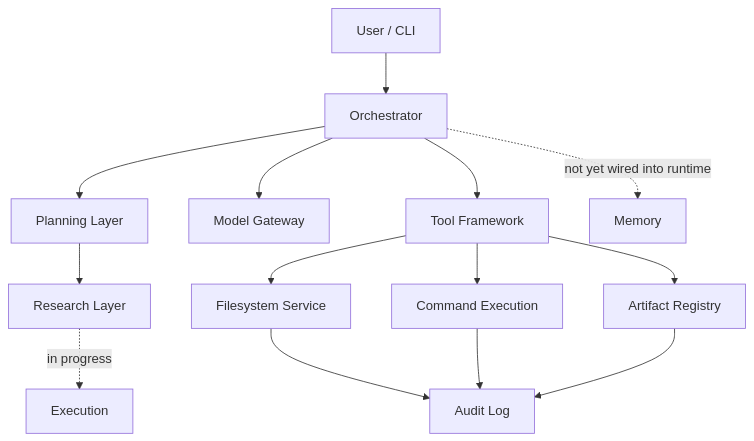
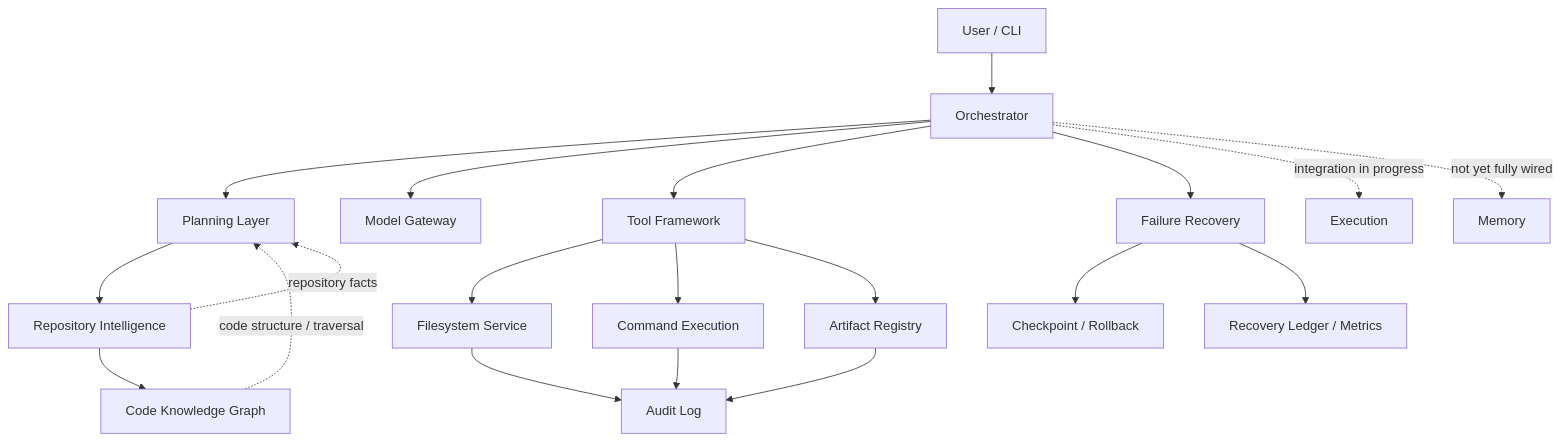
Before and after one commit to neural-agi/Qwen3-Coder-Next: the diagram in README.md, drawn with Mermaid. The commit also changed other lines of this file, not shown here.

First line of the commit message:
Revise README for layer completion and integration updates

````diff
--- a/README.md
+++ b/README.md
@@ -95,16 +95,29 @@
 ```mermaid
 flowchart TD
     U[User / CLI] --> O[Orchestrator]
+
     O --> PL[Planning Layer]
-    PL --> RS[Research Layer]
-    RS -.->|in progress| EX[Execution]
     O --> MG[Model Gateway]
     O --> TF[Tool Framework]
+
+    PL --> RI[Repository Intelligence]
+    RI --> KG[Code Knowledge Graph]
+
     TF --> FS[Filesystem Service]
     TF --> CMD[Command Execution]
     TF --> AR[Artifact Registry]
+
     FS --> AL[Audit Log]
     CMD --> AL
     AR --> AL
-    O -.->|not yet wired into runtime| MEM[Memory]
+
+    O --> FR[Failure Recovery]
+    FR --> CP[Checkpoint / Rollback]
+    FR --> LED[Recovery Ledger / Metrics]
+
+    RI -.->|repository facts| PL
+    KG -.->|code structure / traversal| PL
+
+    O -.->|integration in progress| EX[Execution]
+    O -.->|not yet fully wired| MEM[Memory]
 ```
````
